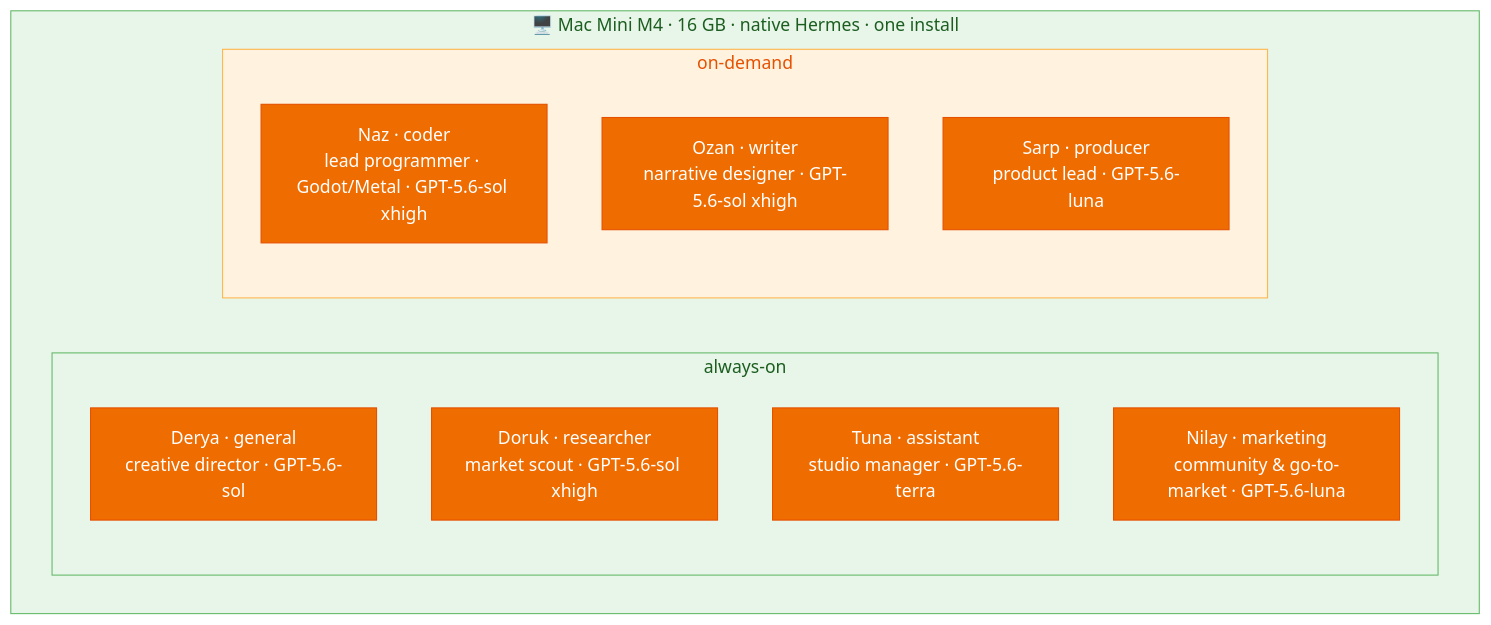
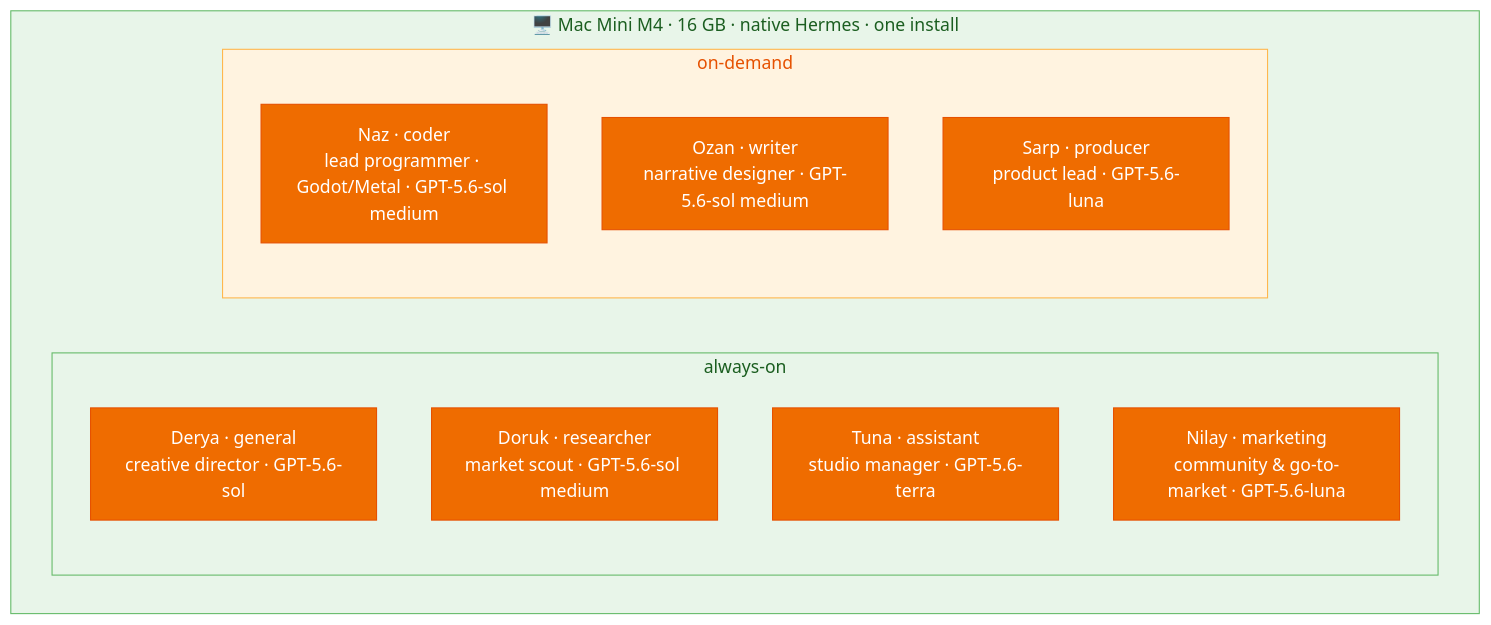
Before and after one commit to mpolatcan/hermes-setup: the diagram in docs/02-agents.md, drawn with Mermaid. The commit also changed 3 other files, not shown here.

````diff
--- a/docs/02-agents.md
+++ b/docs/02-agents.md
@@ -7,20 +7,20 @@
 ```mermaid
 flowchart TB
     subgraph Mini["🖥️ Mac Mini M4 · 16 GB · native Hermes · one install"]
         subgraph always["always-on"]
             general["Derya · general<br/>creative director · GPT-5.6-sol"]:::codex
-            researcher["Doruk · researcher<br/>market scout · GPT-5.6-sol xhigh"]:::codex
+            researcher["Doruk · researcher<br/>market scout · GPT-5.6-sol medium"]:::codex
             assistant["Tuna · assistant<br/>studio manager · GPT-5.6-terra"]:::codex
             marketing["Nilay · marketing<br/>community & go-to-market · GPT-5.6-luna"]:::codex
         end
         subgraph demand["on-demand"]
-            coder["Naz · coder<br/>lead programmer · Godot/Metal · GPT-5.6-sol xhigh"]:::codex
-            writer["Ozan · writer<br/>narrative designer · GPT-5.6-sol xhigh"]:::codex
+            coder["Naz · coder<br/>lead programmer · Godot/Metal · GPT-5.6-sol medium"]:::codex
+            writer["Ozan · writer<br/>narrative designer · GPT-5.6-sol medium"]:::codex
             producer["Sarp · producer<br/>product lead · GPT-5.6-luna"]:::codex
         end
     end
     classDef codex fill:#EF6C00,stroke:#E65100,color:#fff
     style Mini fill:#E8F5E9,stroke:#66BB6A,color:#1B5E20
     style always fill:#E8F5E9,stroke:#66BB6A,color:#1B5E20
     style demand fill:#FFF3E0,stroke:#FFB74D,color:#E65100
 ```
````
